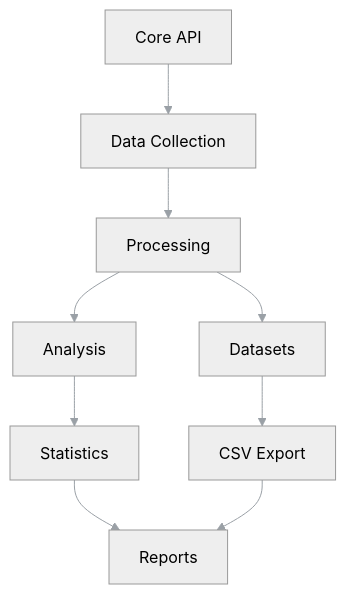
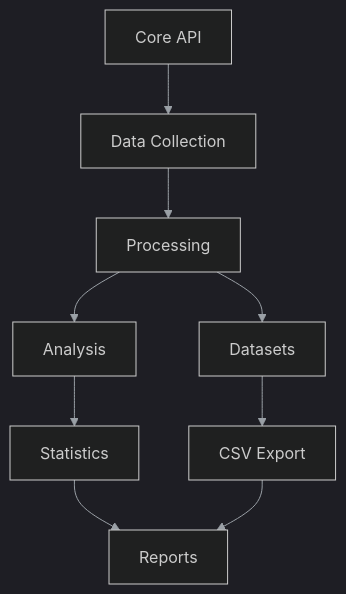
One commit to lukaszj321/otcv8-dev changed the third of 5 diagrams in docs/authoring/01_core/index.md. Above: the diagram before and after it, drawn with Mermaid. The commit also changed 2 other files, not shown here.

Commit message:
Address code review feedback
- Fix malformed JSON in Mermaid init blocks (07_settings_crypto lines 119, 201)
- Change theme from 'neutral' to 'dark' for consistency (01_core line 150)
- Remove unused imports 'os' and 'Dict' from fix_myst_tabs.py
- Remove unused variable 'has_content' from fix_myst_tabs.py
- Remove unused variable 'original_lines' from fix_myst_tabs.py

````diff
--- a/docs/authoring/01_core/index.md
+++ b/docs/authoring/01_core/index.md
@@ -149,13 +149,13 @@
 ```{mermaid}
-%%{init: { 'theme': 'neutral', 'themeVariables': { 'primaryTextColor': '#ddd', 'lineColor': '#9aa0a6' } }}%%
+%%{init: {'theme':'dark','themeVariables':{'primaryTextColor':'#ddd','lineColor':'#9aa0a6'},'securityLevel':'loose'}}%%
 graph TD
     A[Core API] --> B[Data Collection]
     B --> C[Processing]
     C --> D[Datasets]
     C --> E[Analysis]
     D --> F[CSV Export]
     E --> G[Statistics]
     G --> H[Reports]
     F --> H
 click Flow "./index.html#facet-01_core.flow" "Open flow"
 ```
````
